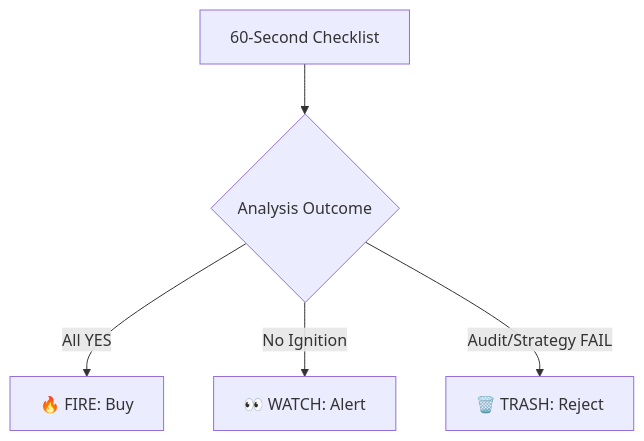
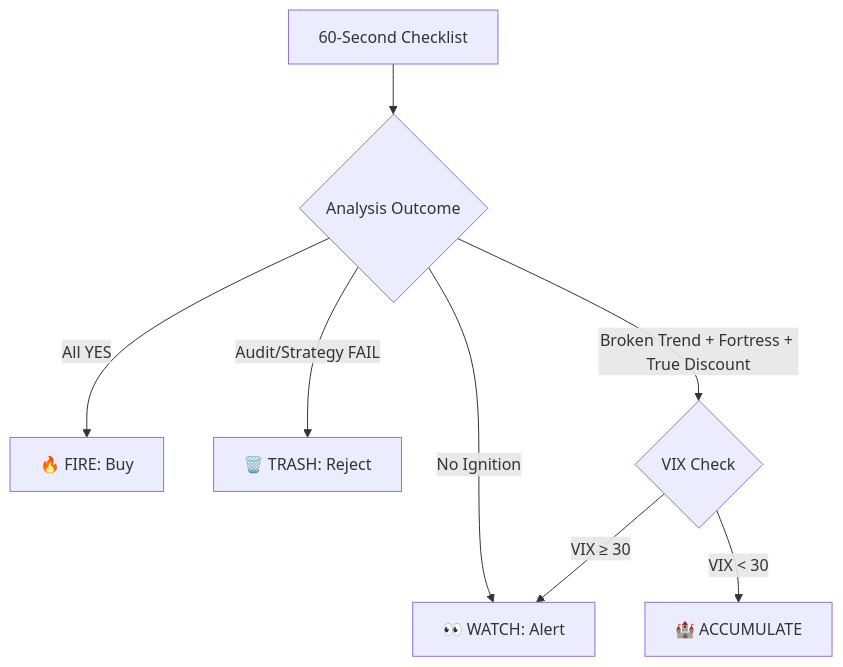
Before and after one commit to WayneJinOSU/growth_ai: the ninth of 18 diagrams in README.md, drawn with Mermaid. The commit also changed other lines of this file and 20 other files, not shown here.

````diff
--- a/README.md
+++ b/README.md
@@ -174,7 +176,10 @@
 ```mermaid
 flowchart TD
     Chk["60-Second Checklist"] --> Out{Analysis Outcome}
     Out -- "All YES" --> F["🔥 FIRE: Buy"]
     Out -- "No Ignition" --> W["👀 WATCH: Alert"]
     Out -- "Audit/Strategy FAIL" --> T["🗑️ TRASH: Reject"]
+    Out -- "Broken Trend + Fortress + True Discount" --> Fort{"VIX Check"}
+    Fort -- "VIX < 30" --> A["🏰 ACCUMULATE"]
+    Fort -- "VIX ≥ 30" --> W
 ```
````
